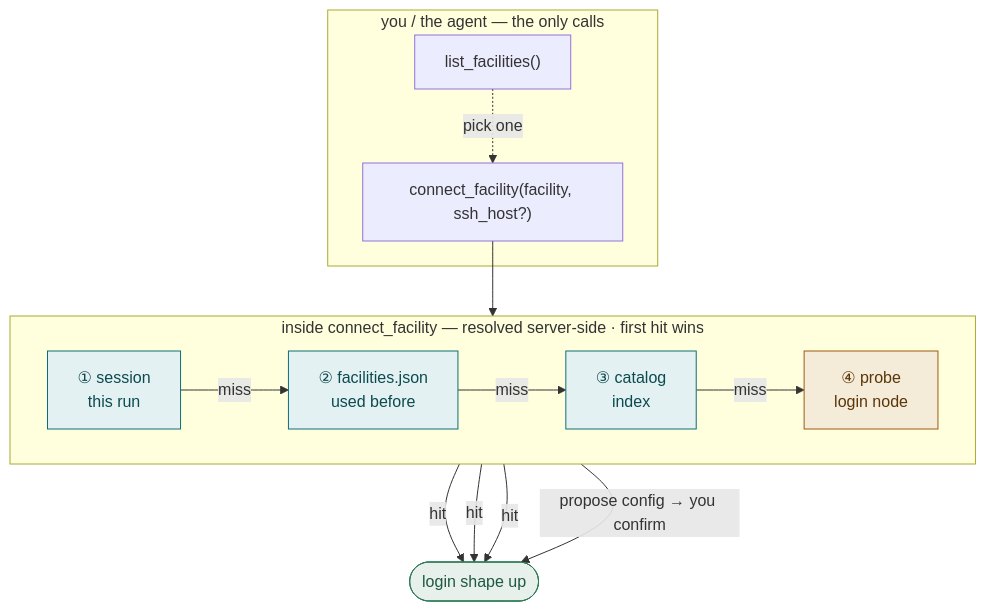
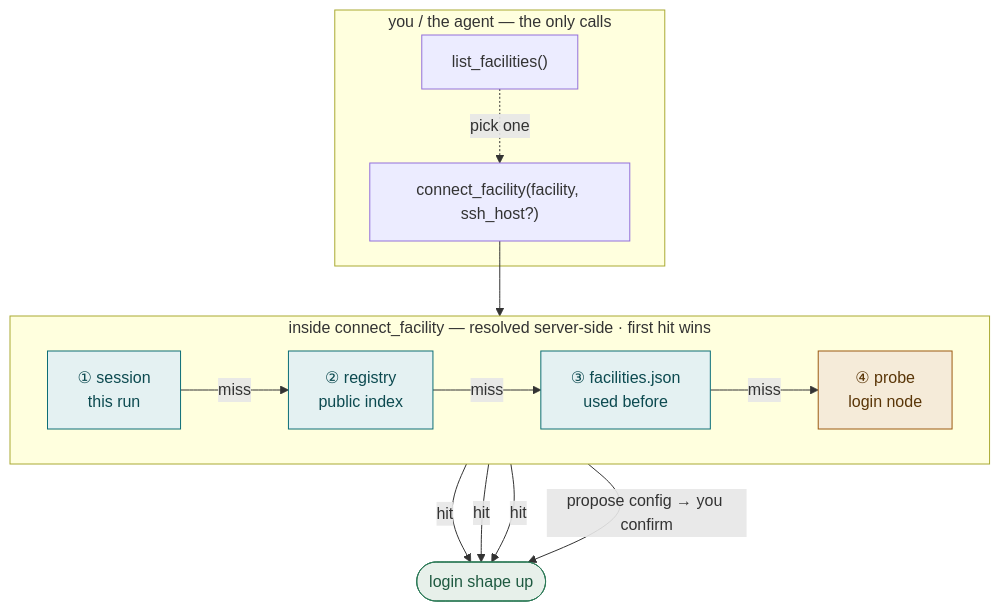
Before and after one commit to ryanchard/hpc-bridge: the diagram in README.md, drawn with Mermaid. The commit also changed other lines of this file and 9 other files, not shown here.

````diff
--- a/README.md
+++ b/README.md
@@ -29,20 +29,20 @@
 ```mermaid
 flowchart TB
   subgraph agent["you / the agent — the only calls"]
     LF["list_facilities()"] -.->|"pick one"| CF["connect_facility(facility, ssh_host?)"]
   end
   subgraph server["inside connect_facility — resolved server-side · first hit wins"]
     direction LR
-    R1["① session<br/>this run"] -->|miss| R2["② facilities.json<br/>used before"] -->|miss| R3["③ catalog<br/>index"] -->|miss| R4["④ probe<br/>login node"]
+    R1["① session<br/>this run"] -->|miss| R2["② registry<br/>public index"] -->|miss| R3["③ facilities.json<br/>used before"] -->|miss| R4["④ probe<br/>login node"]
   end
   CF --> R1
   R1 & R2 & R3 -->|hit| UP(["login shape up"])
   R4 -->|"propose config → you confirm"| UP
 
   classDef free fill:#E4F1F2,stroke:#0C6E77,color:#0C4A50;
   classDef ssh fill:#F5EBD9,stroke:#9C5A12,color:#5A3608;
   classDef done fill:#E7F0EA,stroke:#2C7A57,color:#1E5940;
   class R1,R2,R3 free
   class R4 ssh
   class UP done
 ```
````
